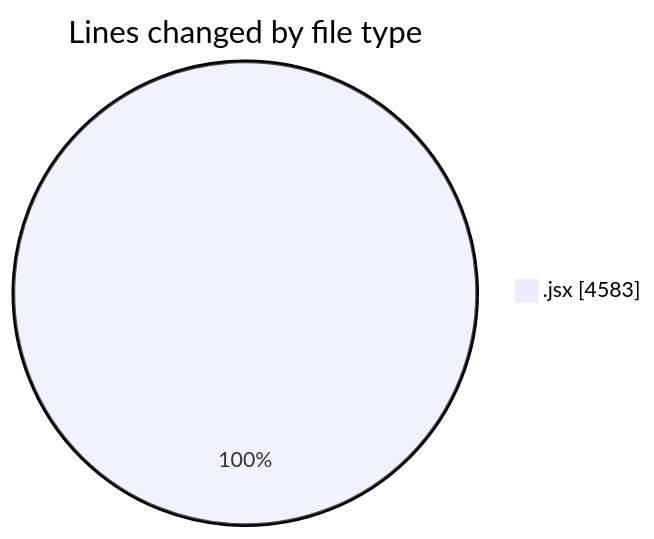
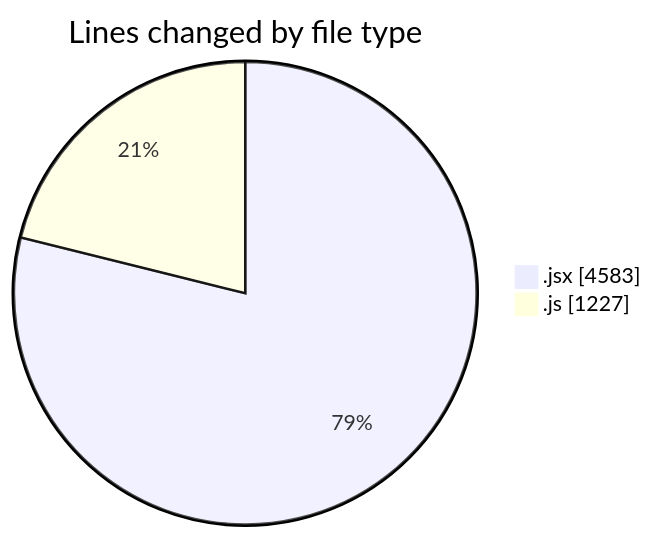
One commit to nxtqubesakshisongat/code-tracking changed the first of 2 diagrams in 2026-01-21/nxtqube_webapp/README.md. Above: the diagram before and after it, drawn with Mermaid. The commit also changed other lines of this file and 1 other file, not shown here.

````diff
--- a/2026-01-21/nxtqube_webapp/README.md
+++ b/2026-01-21/nxtqube_webapp/README.md
@@ -22,5 +23,6 @@
 ```mermaid
 pie showData
 title Lines changed by file type
 ".jsx" : 4583
+".js" : 1227
 ```
````
